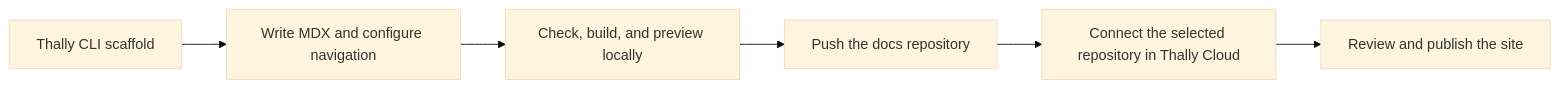
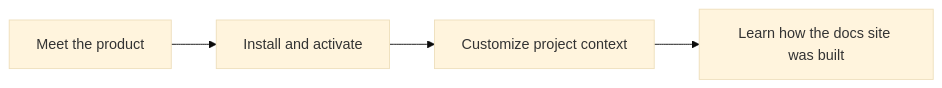
One commit to toybz-creator/production-agent-guide-thally-assessment changed the diagram in task-2/article.md. Above: the diagram before and after it, drawn with Mermaid (base theme). The commit also changed other lines of this file and 1 other file, not shown here.

Commit message:
Tell the Thally walkthrough as a build story

````diff
--- a/task-2/article.md
+++ b/task-2/article.md
@@ -24,8 +35,6 @@
-```mermaid
+~~~mermaid
 flowchart LR
-  A[Thally CLI scaffold] --> B[Write MDX and configure navigation]
-  B --> C[Check, build, and preview locally]
-  C --> D[Push the docs repository]
-  D --> E[Connect the selected repository in Thally Cloud]
-  E --> F[Review and publish the site]
-```
+  A[Meet the product] --> B[Install and activate]
+  B --> C[Customize project context]
+  C --> D[Learn how the docs site was built]
+~~~
````
